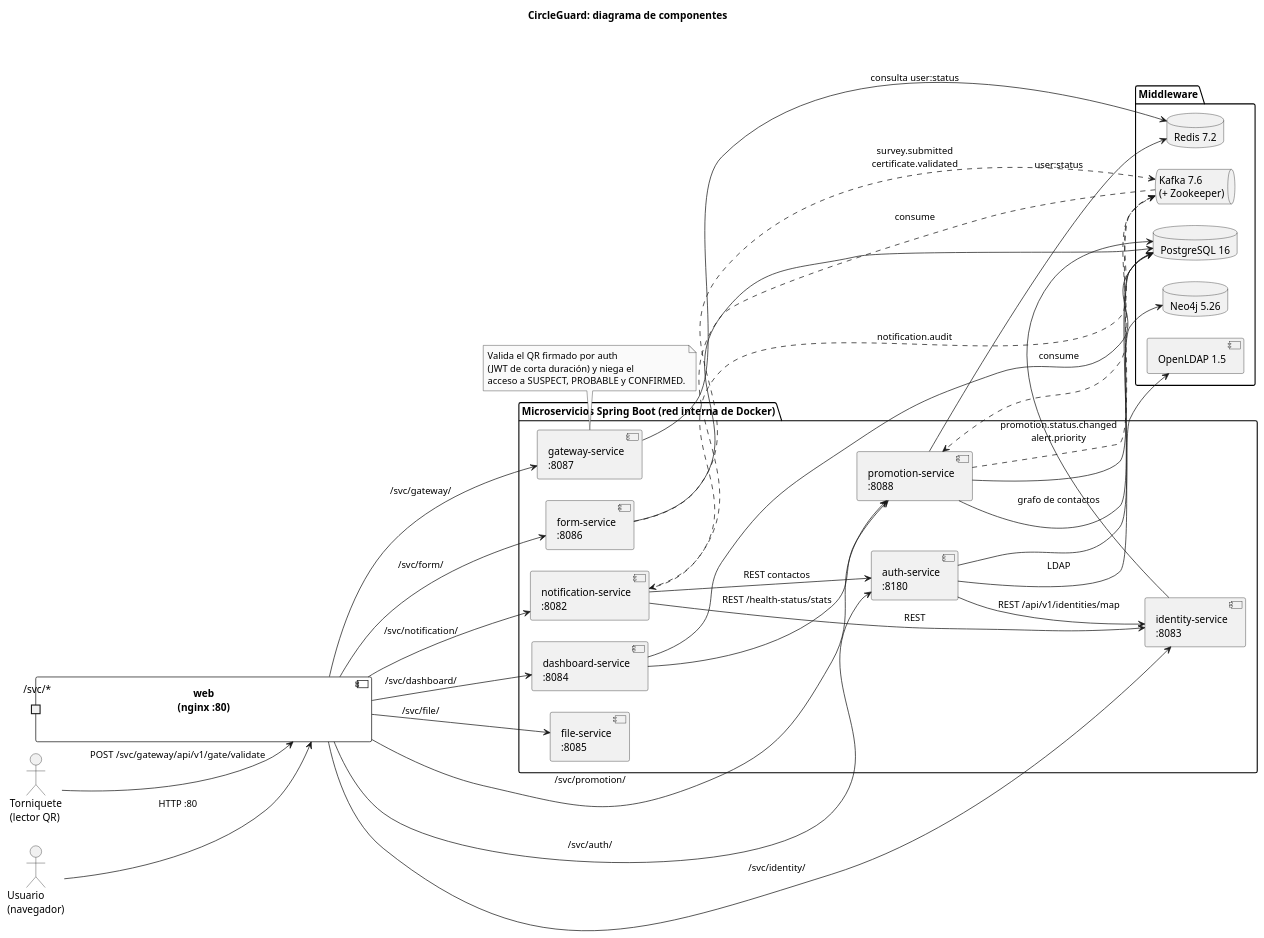
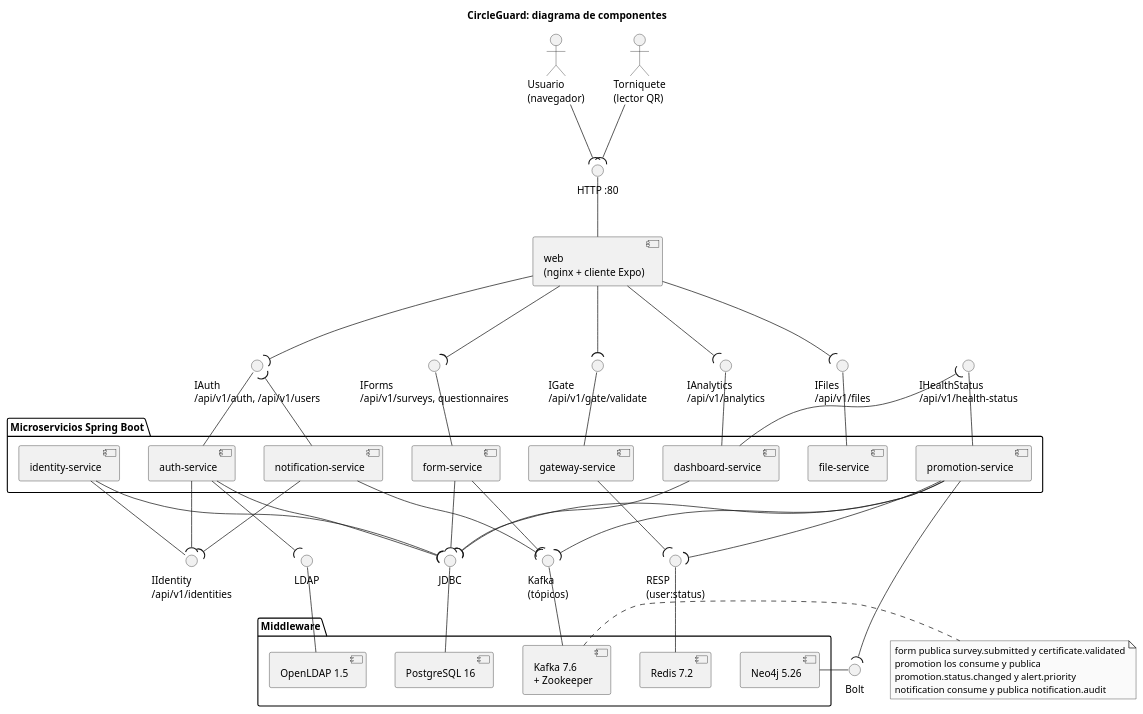
Before and after one commit to ingesoft5/circle-guard-finalproject-A00395967-A00400880-A00401286: the diagram in docs/arquitectura/uml/componentes.puml, drawn with PlantUML. The commit also changed 3 other files, not shown here.

Commit message:
docs(arch): show provided and required interfaces in the UML component and deployment diagrams

```diff
--- a/docs/arquitectura/uml/componentes.puml
+++ b/docs/arquitectura/uml/componentes.puml
@@ -1,77 +1,103 @@
 @startuml componentes
-' Diagrama de componentes UML de CircleGuard (aplicación).
-' Fuente de verdad: application.yml de cada servicio, mobile/nginx/default.conf
-' y los @KafkaListener / KafkaTemplate del código.
+' Diagrama de componentes UML de CircleGuard con interfaces provistas
+' (círculo) y requeridas (semicírculo).
+' Fuente de verdad: @RequestMapping de cada servicio, mobile/nginx/default.conf,
+' application.yml y los @KafkaListener / KafkaTemplate del código.
 skinparam monochrome true
 skinparam shadowing false
 skinparam defaultFontName Arial
 skinparam componentStyle uml2
-left to right direction
-skinparam nodesep 30
-skinparam ranksep 70
+skinparam nodesep 40
+skinparam ranksep 60
 title CircleGuard: diagrama de componentes
 
 actor "Usuario\n(navegador)" as user
 actor "Torniquete\n(lector QR)" as turnstile
 
-component "web\n(nginx :80)" as web {
-  portin " /svc/*" as svc
+' ---- Entrada
+() "HTTP :80" as IHttp
+component "web\n(nginx + cliente Expo)" as web
+IHttp -- web
+user --( IHttp
+turnstile --( IHttp
+
+package "Microservicios Spring Boot" {
+  component "auth-service" as auth
+  component "identity-service" as identity
+  component "form-service" as form
+  component "promotion-service" as promotion
+  component "gateway-service" as gateway
+  component "notification-service" as notification
+  component "dashboard-service" as dashboard
+  component "file-service" as file
 }
 
-package "Microservicios Spring Boot (red interna de Docker)" {
-  component "auth-service\n:8180" as auth
-  component "identity-service\n:8083" as identity
-  component "form-service\n:8086" as form
-  component "promotion-service\n:8088" as promotion
-  component "gateway-service\n:8087" as gateway
-  component "notification-service\n:8082" as notification
-  component "dashboard-service\n:8084" as dashboard
-  component "file-service\n:8085" as file
-}
+' ---- Interfaces REST provistas por cada servicio
+() "IAuth\n/api/v1/auth, /api/v1/users" as IAuth
+() "IIdentity\n/api/v1/identities" as IIdentity
+() "IForms\n/api/v1/surveys, questionnaires" as IForms
+() "IHealthStatus\n/api/v1/health-status" as IHealth
+() "IGate\n/api/v1/gate/validate" as IGate
+() "IAnalytics\n/api/v1/analytics" as IAnalytics
+() "IFiles\n/api/v1/files" as IFiles
+
+IAuth -- auth
+IIdentity -- identity
+IForms -- form
+IHealth -- promotion
+IGate -- gateway
+IAnalytics -- dashboard
+IFiles -- file
+
+' nginx (/svc/<servicio>/) requiere las APIs que expone al navegador
+web --( IAuth
+web --( IForms
+web --( IGate
+web --( IAnalytics
+web --( IFiles
+
+' Llamadas REST entre servicios
+auth --( IIdentity
+notification --( IAuth
+notification --( IIdentity
+dashboard --( IHealth
 
 package "Middleware" {
-  database "PostgreSQL 16" as pg
-  database "Neo4j 5.26" as neo4j
-  database "Redis 7.2" as redis
-  queue "Kafka 7.6\n(+ Zookeeper)" as kafka
+  component "PostgreSQL 16" as pg
+  component "Neo4j 5.26" as neo4j
+  component "Redis 7.2" as redis
+  component "Kafka 7.6\n+ Zookeeper" as kafka
   component "OpenLDAP 1.5" as ldap
 }
 
-user --> web : HTTP :80
-turnstile --> web : POST /svc/gateway/api/v1/gate/validate
+() "JDBC" as IJdbc
+() "Bolt" as IBolt
+() "RESP\n(user:status)" as IResp
+() "Kafka\n(tópicos)" as IKafka
+() "LDAP" as ILdap
+IJdbc -- pg
+neo4j - IBolt
+IResp -- redis
+IKafka -- kafka
+ILdap -- ldap
 
-web --> auth : /svc/auth/
-web --> identity : /svc/identity/
-web --> form : /svc/form/
-web --> promotion : /svc/promotion/
-web --> gateway : /svc/gateway/
-web --> notification : /svc/notification/
-web --> dashboard : /svc/dashboard/
-web --> file : /svc/file/
+auth --( IJdbc
+auth --( ILdap
+identity --( IJdbc
+form --( IJdbc
+promotion --( IJdbc
+dashboard --( IJdbc
+promotion --( IBolt
+promotion --( IResp
+gateway --( IResp
+form --( IKafka
+promotion --( IKafka
+notification --( IKafka
 
-auth --> identity : REST /api/v1/identities/map
-auth --> ldap : LDAP
-auth --> pg
-identity --> pg
-form --> pg
-promotion --> pg
-promotion --> neo4j : grafo de contactos
-promotion --> redis : user:status
-gateway --> redis : consulta user:status
-dashboard --> promotion : REST /health-status/stats
-dashboard --> pg
-notification --> auth : REST contactos
-notification --> identity : REST
-
-form ..> kafka : survey.submitted\ncertificate.validated
-kafka ..> promotion : consume
-promotion ..> kafka : promotion.status.changed\nalert.priority
-kafka ..> notification : consume
-notification ..> kafka : notification.audit
-
-note bottom of gateway
-  Valida el QR firmado por auth
-  (JWT de corta duración) y niega el
-  acceso a SUSPECT, PROBABLE y CONFIRMED.
+note right of kafka
+  form publica survey.submitted y certificate.validated
+  promotion los consume y publica
+  promotion.status.changed y alert.priority
+  notification consume y publica notification.audit
 end note
 @enduml
```
